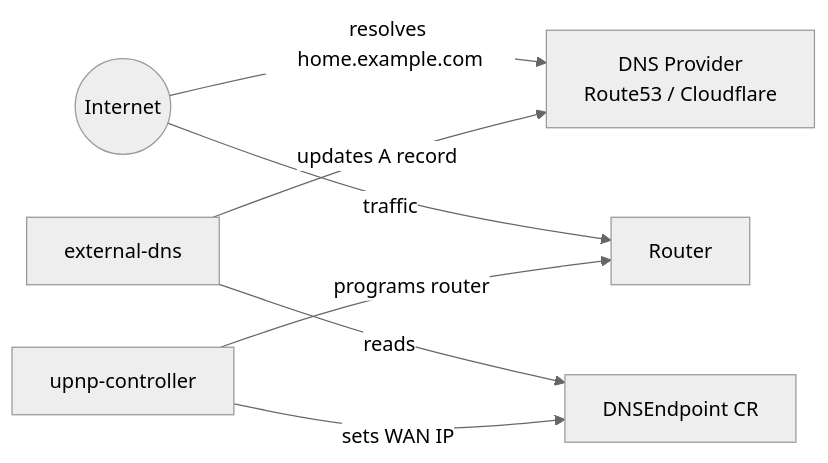
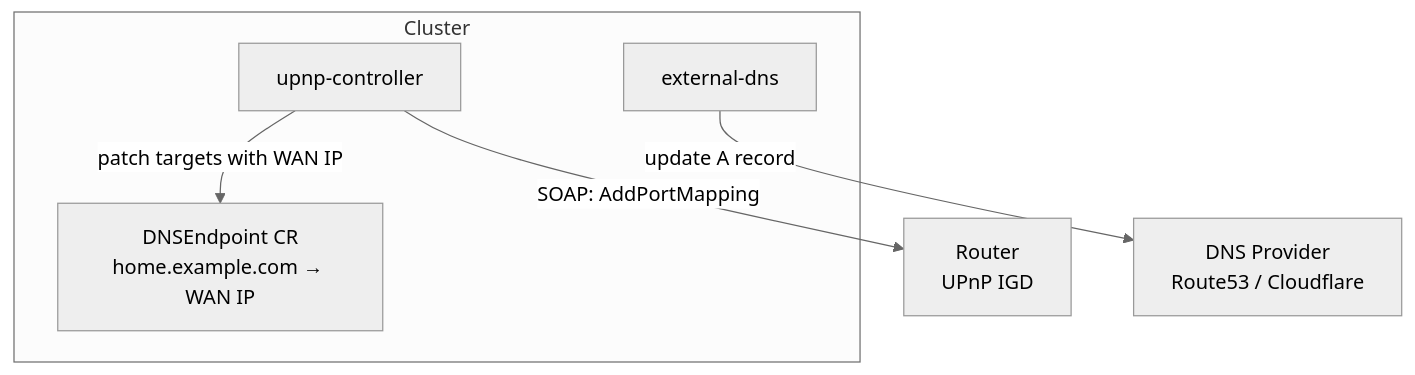
One commit to jeffmoss/upnp-controller changed the second of 2 diagrams in README.md. Above: the diagram before and after it, drawn with Mermaid (neutral theme).

Commit message:
Improve external-dns mermaid diagram

````diff
--- a/README.md
+++ b/README.md
@@ -23,16 +23,15 @@
 ```mermaid
-graph LR
-    Internet((Internet))
+graph TD
+    subgraph Cluster
+        Controller[upnp-controller]
+        DNSEp[DNSEndpoint CR<br/>home.example.com → WAN IP]
+        ExtDNS[external-dns]
+    end
+
+    Router[Router<br/>UPnP IGD]
     DNS[DNS Provider<br/>Route53 / Cloudflare]
-    Router[Router]
-    Controller[upnp-controller]
-    ExtDNS[external-dns]
-    DNSEp[DNSEndpoint CR]
 
-    Controller -->|programs router| Router
-    Controller -->|sets WAN IP| DNSEp
-    ExtDNS -->|reads| DNSEp
-    ExtDNS -->|updates A record| DNS
-    Internet -->|resolves home.example.com| DNS
-    Internet -->|traffic| Router
+    Controller -->|SOAP: AddPortMapping| Router
+    Controller -->|patch targets with WAN IP| DNSEp
+    ExtDNS -->|update A record| DNS
 ```
````
